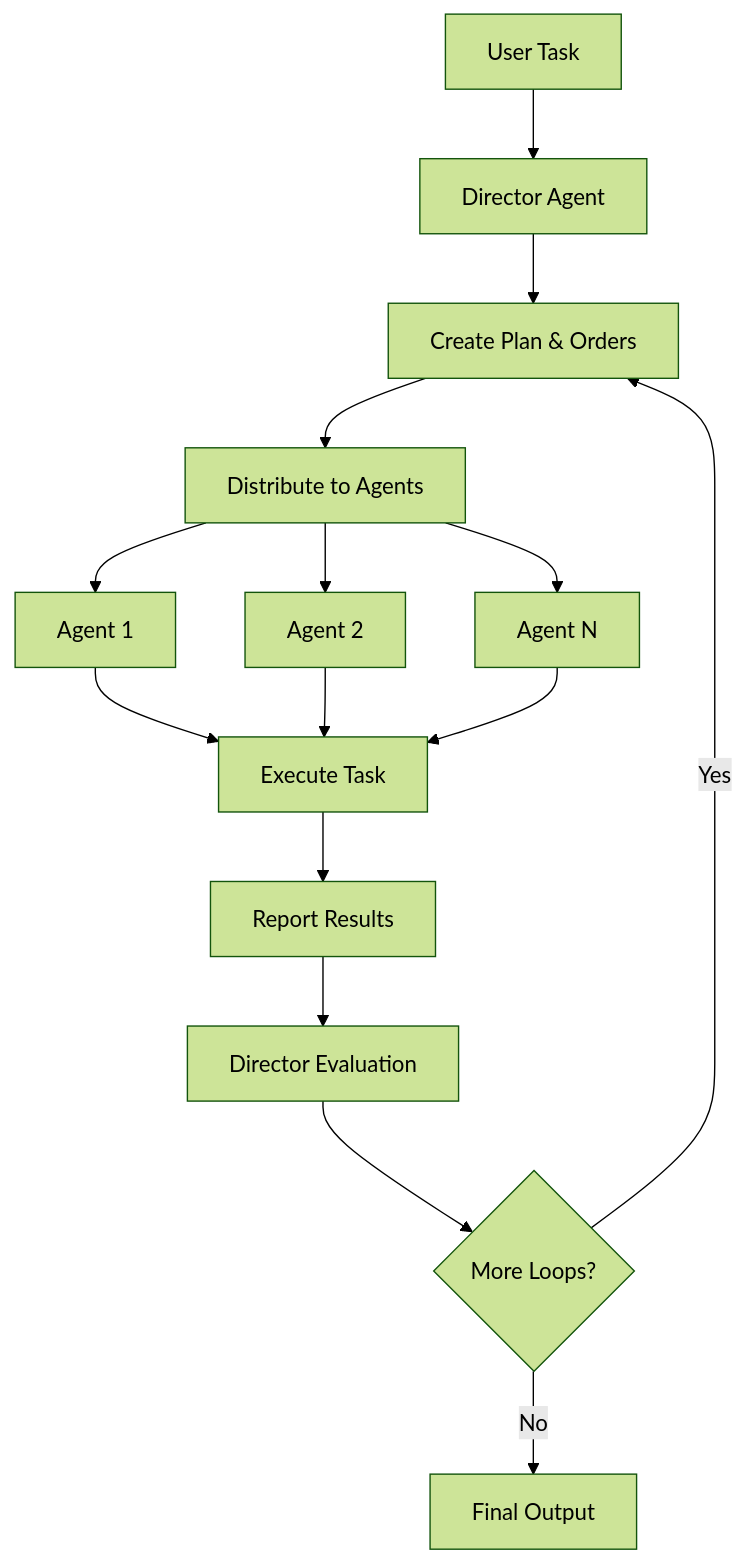
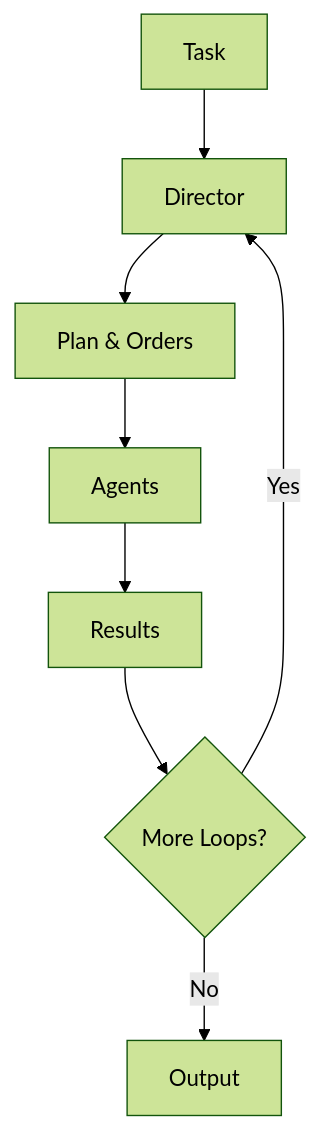
One commit to kyegomez/swarms changed the diagram in docs/swarms/structs/hierarchical_swarm.md. Above: the diagram before and after it, drawn with Mermaid (forest theme). The commit also changed other lines of this file and 25 other files, not shown here.

````diff
--- a/docs/swarms/structs/hierarchical_swarm.md
+++ b/docs/swarms/structs/hierarchical_swarm.md
@@ -17,17 +5,10 @@
 ```mermaid
 graph TD
-    A[User Task] --> B[Director Agent]
-    B --> C[Create Plan & Orders]
-    C --> D[Distribute to Agents]
-    D --> E[Agent 1]
-    D --> F[Agent 2]
-    D --> G[Agent N]
-    E --> H[Execute Task]
-    F --> H
-    G --> H
-    H --> I[Report Results]
-    I --> J[Director Evaluation]
-    J --> K{More Loops?}
-    K -->|Yes| C
-    K -->|No| L[Final Output]
+    A[Task] --> B[Director]
+    B --> C[Plan & Orders]
+    C --> D[Agents]
+    D --> E[Results]
+    E --> F{More Loops?}
+    F -->|Yes| B
+    F -->|No| G[Output]
 ```
````
